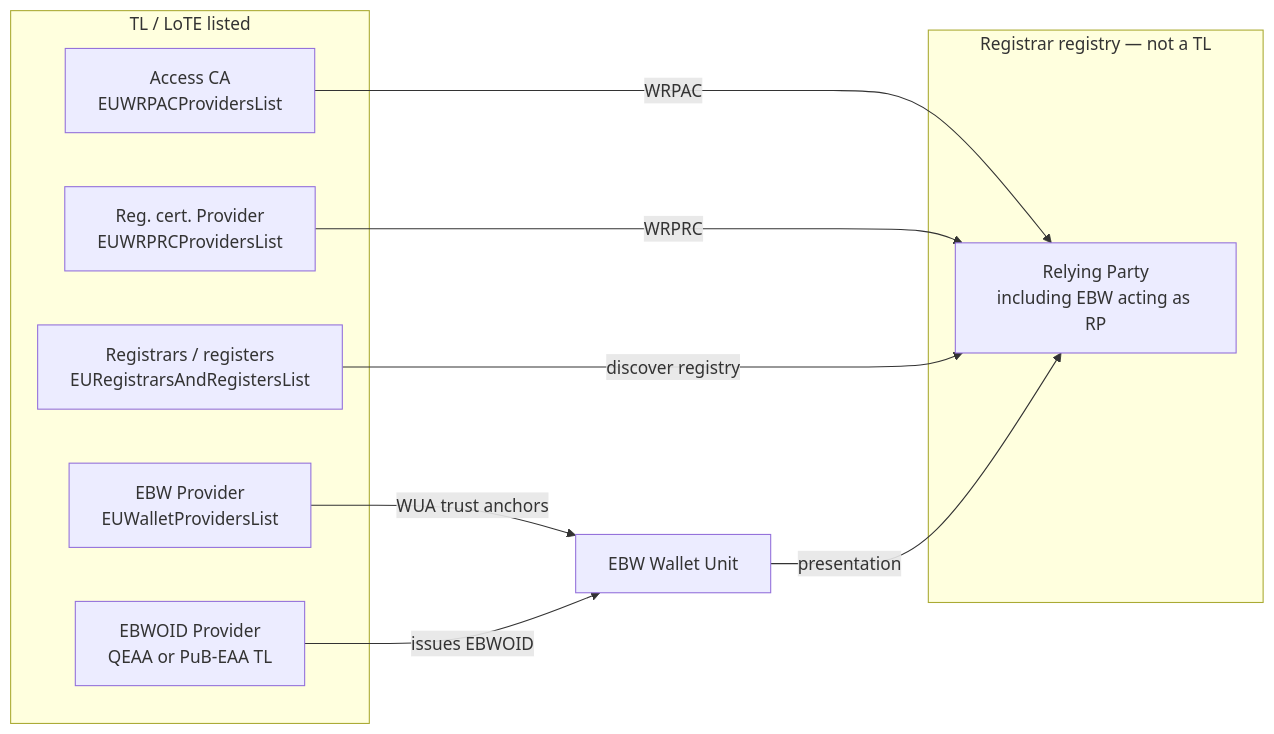
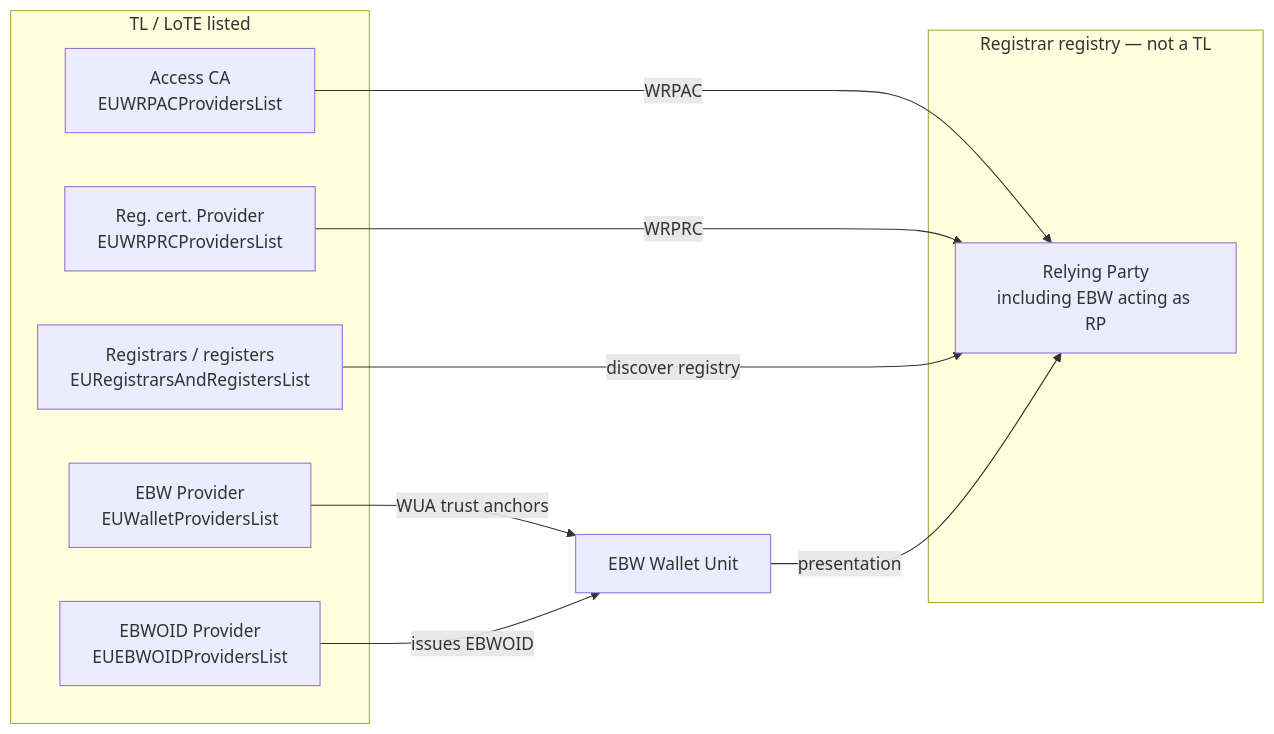
Before and after one commit to webuild-consortium/wp4-trust-group: the diagram in task2-trust-framework/european-business-wallet-trust-framework.md, drawn with Mermaid. The commit also changed other lines of this file and 11 other files, not shown here.

First line of the commit message:
Adopt the pilot EBWOID Providers list and separate it from registrar discovery.

````diff
--- a/task2-trust-framework/european-business-wallet-trust-framework.md
+++ b/task2-trust-framework/european-business-wallet-trust-framework.md
@@ -60,19 +61,19 @@
 ```mermaid
 flowchart LR
   subgraph listed [TL / LoTE listed]
     EBWProv[EBW Provider<br/>EUWalletProvidersList]
-    EBWOIDIss[EBWOID Provider<br/>QEAA or PuB-EAA TL]
+    EBWOIDIss[EBWOID Provider<br/>EUEBWOIDProvidersList]
     WRPAC[Access CA<br/>EUWRPACProvidersList]
     WRPRC[Reg. cert. Provider<br/>EUWRPRCProvidersList]
     RegList[Registrars / registers<br/>EURegistrarsAndRegistersList]
   end
   subgraph registered [Registrar registry — not a TL]
     RP[Relying Party<br/>including EBW acting as RP]
   end
   EBWProv -->|WUA trust anchors| EBWUnit[EBW Wallet Unit]
   EBWOIDIss -->|issues EBWOID| EBWUnit
   WRPAC -->|WRPAC| RP
   WRPRC -->|WRPRC| RP
   RegList -->|discover registry| RP
   EBWUnit -->|presentation| RP
 ```
````
